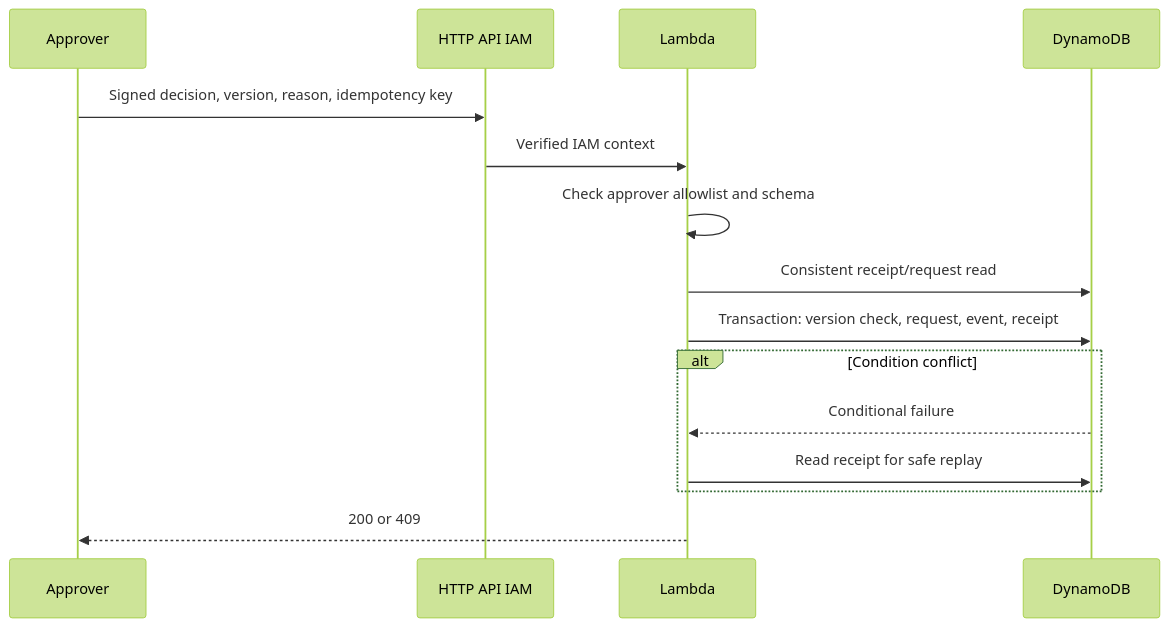
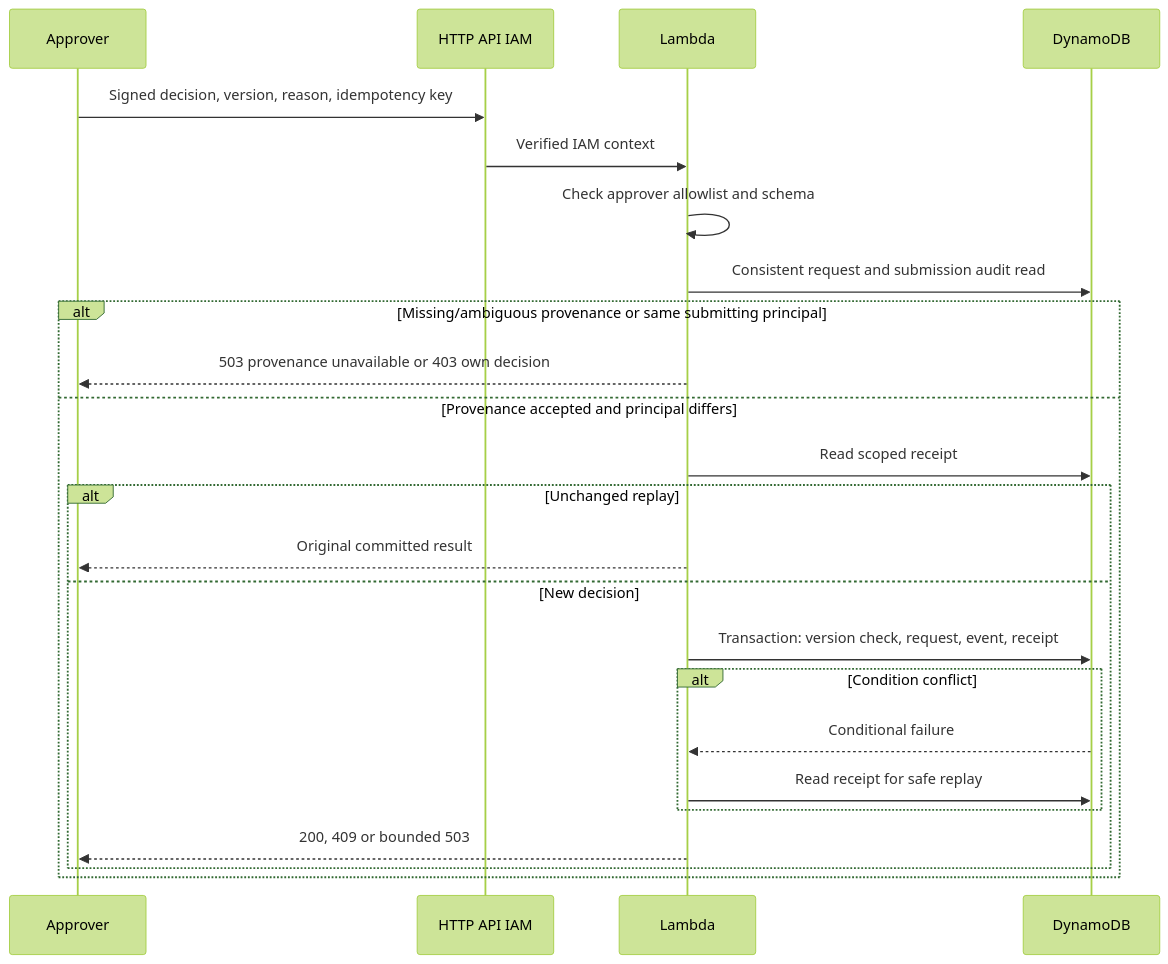
One commit to ayosomo/ServiceFlow changed the second of 4 diagrams in docs/04-ARCHITECTURE.md. Above: the diagram before and after it, drawn with Mermaid (forest theme). The commit also changed other lines of this file and 65 other files, not shown here.

````diff
--- a/docs/04-ARCHITECTURE.md
+++ b/docs/04-ARCHITECTURE.md
@@ -18,17 +18,26 @@
 ```mermaid
 sequenceDiagram
   participant A as Approver
   participant G as HTTP API IAM
   participant L as Lambda
   participant D as DynamoDB
   A->>G: Signed decision, version, reason, idempotency key
   G->>L: Verified IAM context
   L->>L: Check approver allowlist and schema
-  L->>D: Consistent receipt/request read
-  L->>D: Transaction: version check, request, event, receipt
-  alt Condition conflict
-    D-->>L: Conditional failure
-    L->>D: Read receipt for safe replay
+  L->>D: Consistent request and submission audit read
+  alt Missing/ambiguous provenance or same submitting principal
+    L-->>A: 503 provenance unavailable or 403 own decision
+  else Provenance accepted and principal differs
+    L->>D: Read scoped receipt
+    alt Unchanged replay
+      L-->>A: Original committed result
+    else New decision
+      L->>D: Transaction: version check, request, event, receipt
+      alt Condition conflict
+        D-->>L: Conditional failure
+        L->>D: Read receipt for safe replay
+      end
+      L-->>A: 200, 409 or bounded 503
+    end
   end
-  L-->>A: 200 or 409
 ```
````
